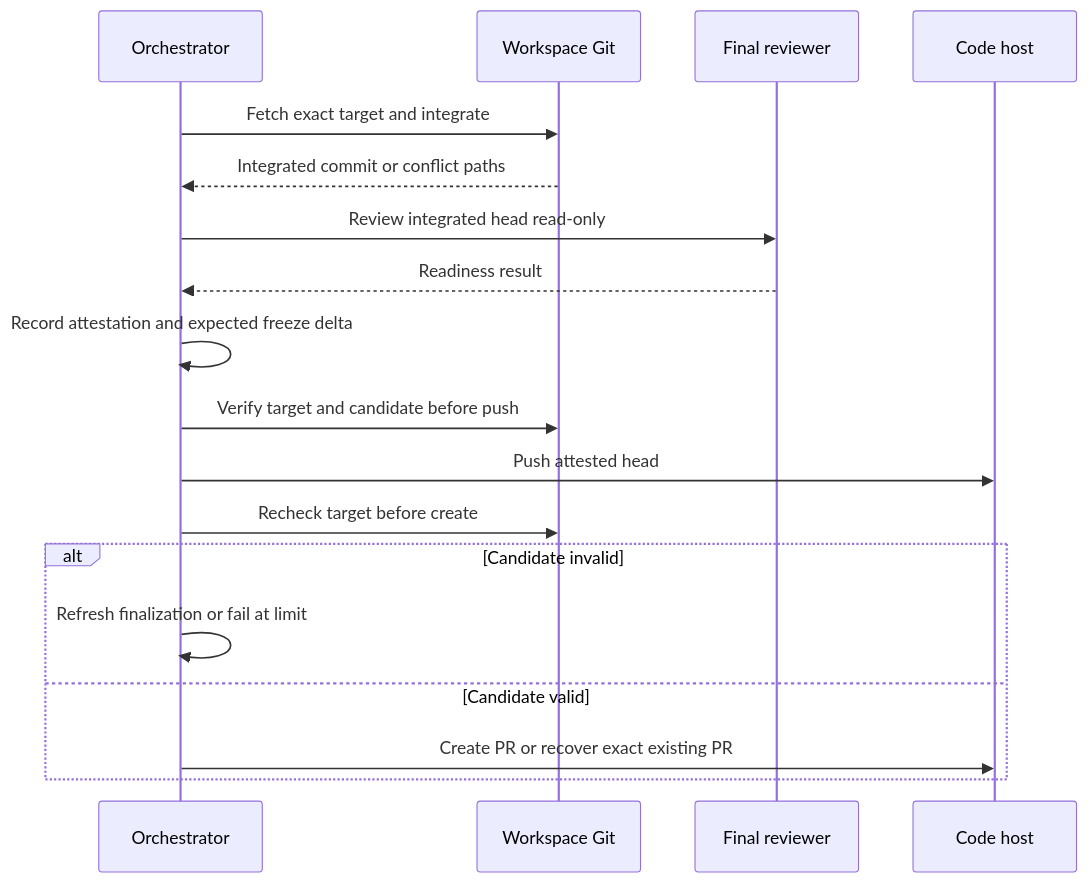
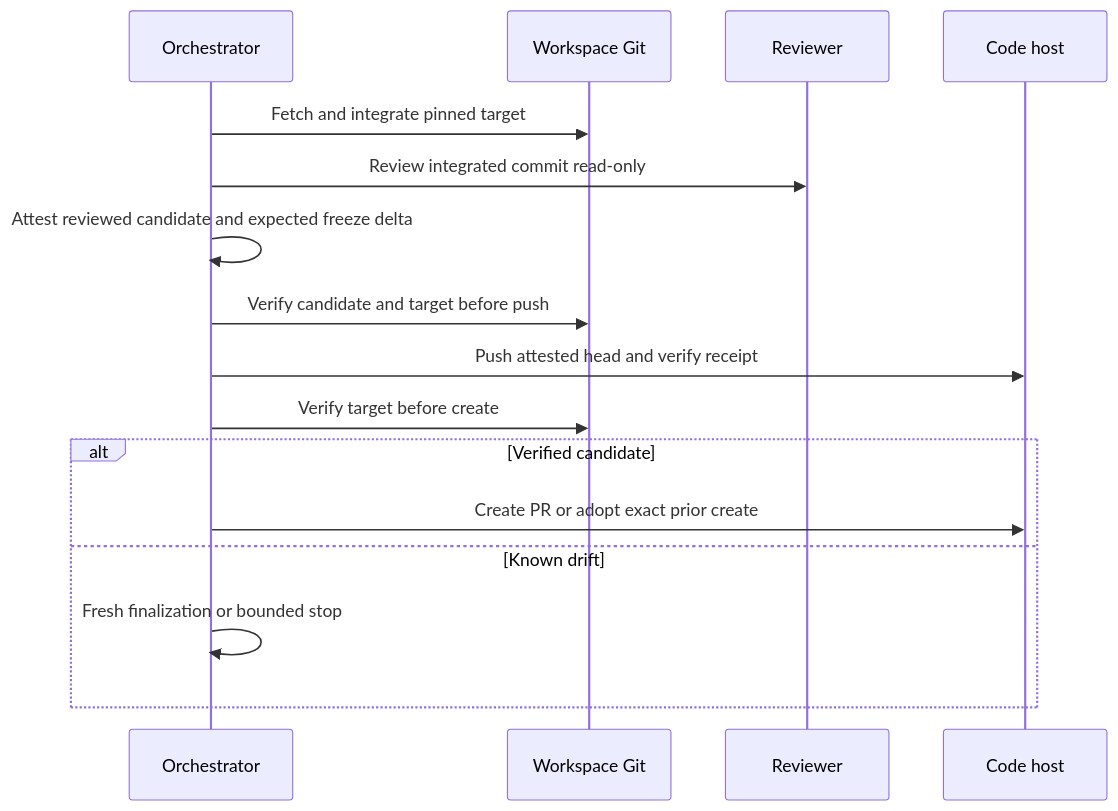
The fourth of 5 diagrams in context-human/specs/feature-pr-integration-and-ci-repair.md (markdstafford/autocatalyst), drawn with Mermaid before and after one commit. The commit also changed other lines of this file, not shown here.

````diff
--- a/context-human/specs/feature-pr-integration-and-ci-repair.md
+++ b/context-human/specs/feature-pr-integration-and-ci-repair.md
@@ -158,20 +151,18 @@
 ```mermaid
 sequenceDiagram
   participant O as Orchestrator
   participant W as Workspace Git
-  participant R as Final reviewer
+  participant R as Reviewer
   participant H as Code host
-  O->>W: Fetch exact target and integrate
-  W-->>O: Integrated commit or conflict paths
-  O->>R: Review integrated head read-only
-  R-->>O: Readiness result
-  O->>O: Record attestation and expected freeze delta
-  O->>W: Verify target and candidate before push
-  O->>H: Push attested head
-  O->>W: Recheck target before create
-  alt Candidate invalid
-    O->>O: Refresh finalization or fail at limit
-  else Candidate valid
-    O->>H: Create PR or recover exact existing PR
+  O->>W: Fetch and integrate pinned target
+  O->>R: Review integrated commit read-only
+  O->>O: Attest reviewed candidate and expected freeze delta
+  O->>W: Verify candidate and target before push
+  O->>H: Push attested head and verify receipt
+  O->>W: Verify target before create
+  alt Verified candidate
+    O->>H: Create PR or adopt exact prior create
+  else Known drift
+    O->>O: Fresh finalization or bounded stop
   end
 ```
````
